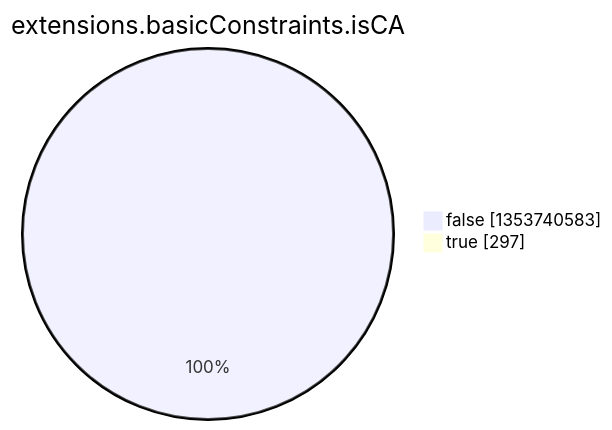
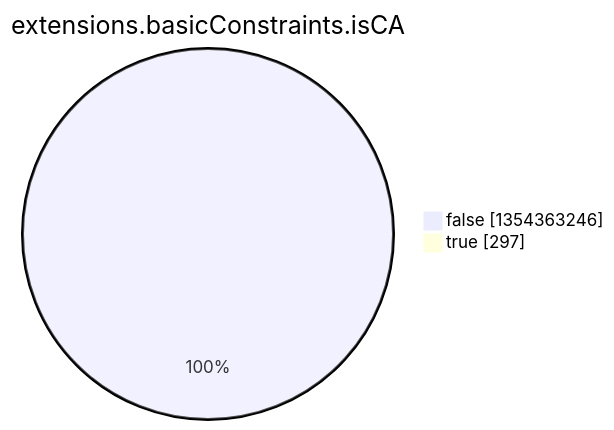
Before and after one commit to christiankrug/ctmonitor_visualization: the eighth of 15 diagrams in argon2022/README.md, drawn with Mermaid. The commit also changed other lines of this file, not shown here.

````diff
--- a/argon2022/README.md
+++ b/argon2022/README.md
@@ -2758,6 +2758,6 @@
 ```mermaid
 pie showData
 title extensions.basicConstraints.isCA
-"false" :1353740583
+"false" :1354363246
 "true" :297
 ```
````
